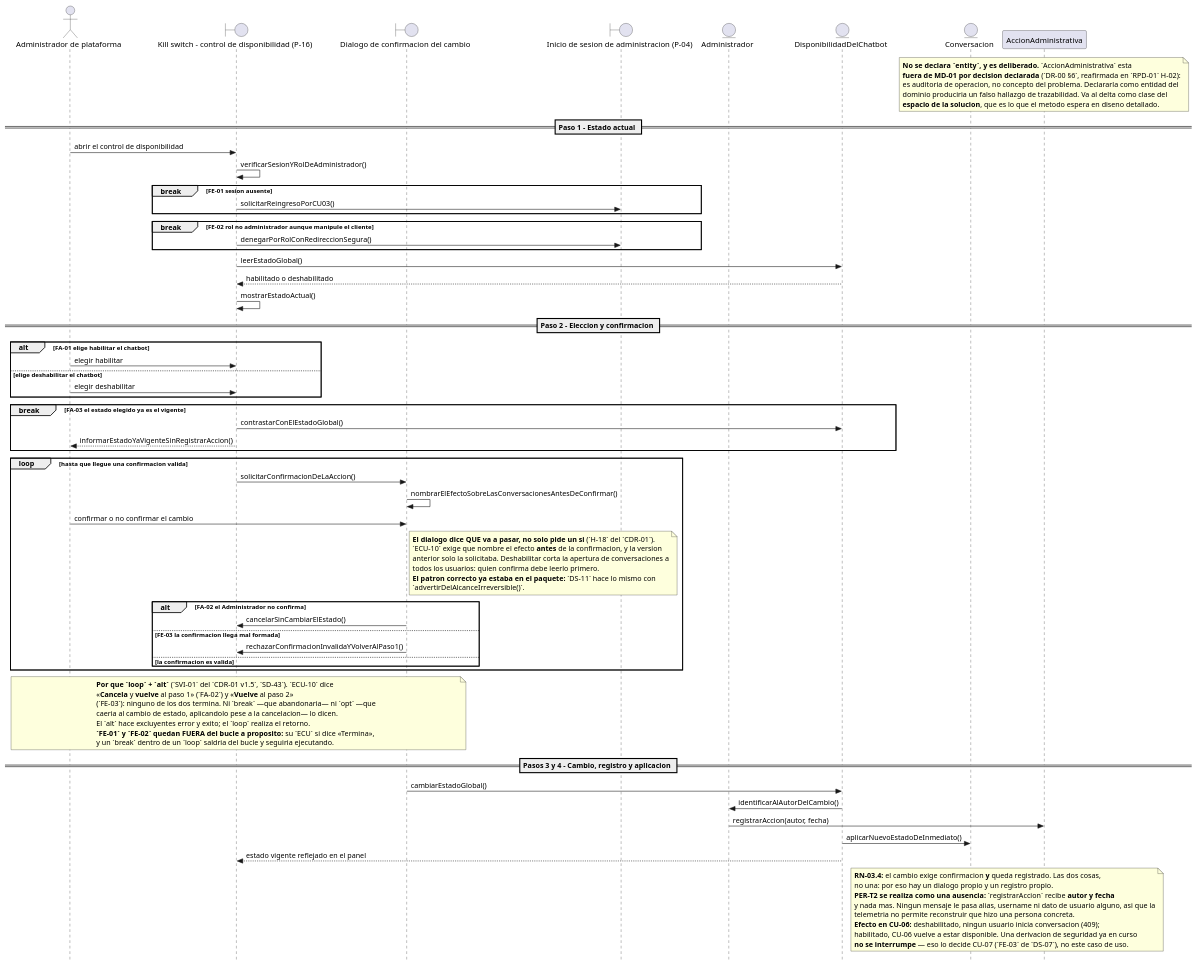
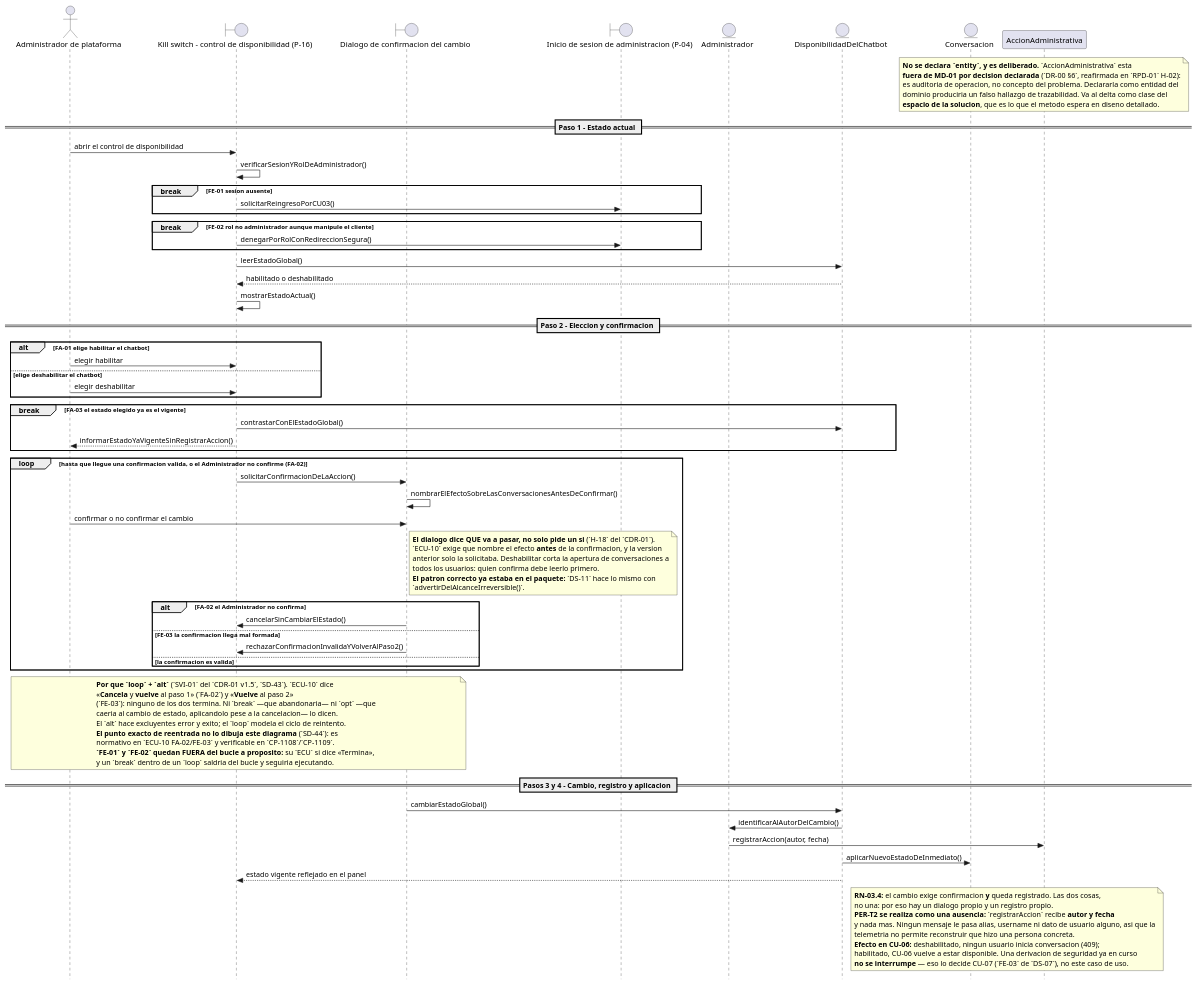
One commit to jonatan8254/alan-aura-academico changed the diagram in docs/07_casos_uso/secuencia/puml/DS-10_secuencia_habilitar_deshabilitar_chatbot.puml. Above: the diagram before and after it, drawn with PlantUML. The commit also changed 34 other files, not shown here.

```diff
--- a/docs/07_casos_uso/secuencia/puml/DS-10_secuencia_habilitar_deshabilitar_chatbot.puml
+++ b/docs/07_casos_uso/secuencia/puml/DS-10_secuencia_habilitar_deshabilitar_chatbot.puml
@@ -1,127 +1,140 @@
 @startuml
 ' DS-10 - Secuencia de CU-10 «Habilitar o deshabilitar el chatbot»
+' v1.4 (TVI-01/03/04 del CDR-01 v1.6, SD-44): TVI-03: la operacion deja de decir Paso1 cuando vuelve al 2; la guarda nombra FA-02.
+'       CONVENCION SD-44 — R1: el sufijo de exito vive DENTRO de su operando.
+'       R2: un break dentro de un loop solo vale si lo que sigue al bucle es
+'       limpieza comun. R3: el punto de reentrada es normativo en la ECU y
+'       verificable en el CP; el diagrama NO lo dibuja. R4: la guarda nombra
+'       todas las salidas del bucle. Lo comprueba barrido_desenlaces.py.
 ' v1.3 (SVI-01 del CDR-01 v1.5, SD-43): FA-02 y FE-03 a `alt` dentro de un `loop` (ECU-10: «Cancela y vuelve» y «Vuelve al paso 2»).
 '       Tercer intento sobre la misma rama, y el primero que lee el DESENLACE de la
 '       ECU en vez de la categoria del flujo. `break` abandonaba; `opt` caia al exito;
 '       `break` otra vez (SD-41) se restauro alegando que la ECU decia «Termina», lo
-'       cual es FALSO. Ahora `loop` + `alt`: el alt excluye, el loop realiza el retorno.
-'       Los break legitimos quedan FUERA del loop a proposito: dentro saldrian del
+'       cual es FALSO. Y `loop` + `alt` (SD-43) tampoco bastaba: la TERCERA verificacion
+'       (TVI-01/02, CDR-01 v1.6) mostro que el operando de exito quedaba VACIO y la
+'       continuacion FUERA del alt, asi que el sufijo de exito se ejecutaba igual.
+'       SD-44 fija la convencion: el sufijo de exito vive DENTRO de su operando, y el
+'       punto exacto de reentrada es normativo en la ECU y verificable en el CP — el
+'       diagrama NO pretende dibujarlo. Los break legitimos quedan fuera del loop; dentro
+'       saldrian del
 '       bucle y seguirian ejecutando, en vez de terminar.
 ' v1.2 (VI-01 del CDR-01 v1.4, SD-41): FA-02 y FE-03 vuelven de opt a BREAK.
 '       Criterio: estan a profundidad 0 —el fragmento envolvente es la interaccion
 '       entera— y su fila de ECU declara que el remanente NO se ejecuta. En UML 2.5
 '       `break` ejecuta su operando EN LUGAR DEL RESTO: es esa semantica exacta.
 '       `opt` solo saltaba su cuerpo y el flujo caia al exito.
 '       Consecuencia declarada: para estos casos el `break` ORIGINAL era correcto y
 '       esa parte de H-01 fue un falso positivo. Ver DS-00 §12.
 ' v1.1 (CDR-01): H-01 — FA-02 y FE-03 pasan de break a opt.
 '       H-18 — el dialogo NOMBRA EL EFECTO antes de confirmar, no solo pide confirmacion.
 '       H-20 — alias B_LoginAdmin unificado a B_PaginaInicioSesionAdmin (era divergente con DS-03).
 ' v1.0 (fase de diseno detallado, ICONIX paso 6)
 ' Insumos: DR-10 v2.0 (11 controladores), ECU-10 v2.0, MD-01 v1.4, DCU-01 v2.1,
 '          DIS-00 (P-16; destino P-04), MV-01 RN-03.4/RN-03.7, PER-01 v1.2.
 ' Capa de infraestructura: NO EJECUTADA por decision declarada (E-1 de DS-00).
 
 skinparam style strictuml
 skinparam shadowing false
 skinparam responseMessageBelowArrow true
 
 actor "Administrador de plataforma" as ACT_Administrador
 boundary "Kill switch - control de disponibilidad (P-16)" as B_ControlDisponibilidad
 boundary "Dialogo de confirmacion del cambio" as B_DialogoConfirmacion
 boundary "Inicio de sesion de administracion (P-04)" as B_PaginaInicioSesionAdmin
 entity "Administrador" as E_Administrador
 entity "DisponibilidadDelChatbot" as E_DisponibilidadDelChatbot
 entity "Conversacion" as E_Conversacion
 participant "AccionAdministrativa" as INF_AccionAdministrativa
 
 note over INF_AccionAdministrativa
   <b>No se declara `entity`, y es deliberado.</b> `AccionAdministrativa` esta
   <b>fuera de MD-01 por decision declarada</b> (`DR-00 §6`, reafirmada en `RPD-01` H-02):
   es auditoria de operacion, no concepto del problema. Declararla como entidad del
   dominio produciria un falso hallazgo de trazabilidad. Va al delta como clase del
   <b>espacio de la solucion</b>, que es lo que el metodo espera en diseno detallado.
 end note
 
 == Paso 1 - Estado actual ==
 
 ACT_Administrador -> B_ControlDisponibilidad : abrir el control de disponibilidad
 B_ControlDisponibilidad -> B_ControlDisponibilidad : verificarSesionYRolDeAdministrador()
 
 break FE-01 sesion ausente
   B_ControlDisponibilidad -> B_PaginaInicioSesionAdmin : solicitarReingresoPorCU03()
 end
 
 break FE-02 rol no administrador aunque manipule el cliente
   B_ControlDisponibilidad -> B_PaginaInicioSesionAdmin : denegarPorRolConRedireccionSegura()
 end
 
 B_ControlDisponibilidad -> E_DisponibilidadDelChatbot : leerEstadoGlobal()
 E_DisponibilidadDelChatbot --> B_ControlDisponibilidad : habilitado o deshabilitado
 B_ControlDisponibilidad -> B_ControlDisponibilidad : mostrarEstadoActual()
 
 == Paso 2 - Eleccion y confirmacion ==
 
 alt FA-01 elige habilitar el chatbot
   ACT_Administrador -> B_ControlDisponibilidad : elegir habilitar
 else elige deshabilitar el chatbot
   ACT_Administrador -> B_ControlDisponibilidad : elegir deshabilitar
 end
 
 break FA-03 el estado elegido ya es el vigente
   B_ControlDisponibilidad -> E_DisponibilidadDelChatbot : contrastarConElEstadoGlobal()
   B_ControlDisponibilidad --> ACT_Administrador : informarEstadoYaVigenteSinRegistrarAccion()
 end
 
-loop hasta que llegue una confirmacion valida
+loop hasta que llegue una confirmacion valida, o el Administrador no confirme (FA-02)
   B_ControlDisponibilidad -> B_DialogoConfirmacion : solicitarConfirmacionDeLaAccion()
   B_DialogoConfirmacion -> B_DialogoConfirmacion : nombrarElEfectoSobreLasConversacionesAntesDeConfirmar()
   ACT_Administrador -> B_DialogoConfirmacion : confirmar o no confirmar el cambio
 
 note right of B_DialogoConfirmacion
   <b>El dialogo dice QUE va a pasar, no solo pide un si</b> (`H-18` del `CDR-01`).
   `ECU-10` exige que nombre el efecto <b>antes</b> de la confirmacion, y la version
   anterior solo la solicitaba. Deshabilitar corta la apertura de conversaciones a
   todos los usuarios: quien confirma debe leerlo primero.
   <b>El patron correcto ya estaba en el paquete:</b> `DS-11` hace lo mismo con
   `advertirDelAlcanceIrreversible()`.
 end note
 
   alt FA-02 el Administrador no confirma
     B_DialogoConfirmacion -> B_ControlDisponibilidad : cancelarSinCambiarElEstado()
   else FE-03 la confirmacion llega mal formada
-    B_DialogoConfirmacion -> B_ControlDisponibilidad : rechazarConfirmacionInvalidaYVolverAlPaso1()
+    B_DialogoConfirmacion -> B_ControlDisponibilidad : rechazarConfirmacionInvalidaYVolverAlPaso2()
   else la confirmacion es valida
   end
 end
 
 note over ACT_Administrador, B_DialogoConfirmacion
   <b>Por que `loop` + `alt`</b> (`SVI-01` del `CDR-01 v1.5`, `SD-43`). `ECU-10` dice
   «<b>Cancela</b> y <b>vuelve</b> al paso 1» (`FA-02`) y «<b>Vuelve</b> al paso 2»
   (`FE-03`): ninguno de los dos termina. Ni `break` —que abandonaria— ni `opt` —que
   caeria al cambio de estado, aplicandolo pese a la cancelacion— lo dicen.
-  El `alt` hace excluyentes error y exito; el `loop` realiza el retorno.
+  El `alt` hace excluyentes error y exito; el `loop` modela el ciclo de reintento.
+  <b>El punto exacto de reentrada no lo dibuja este diagrama</b> (`SD-44`): es
+  normativo en `ECU-10 FA-02/FE-03` y verificable en `CP-1108`/`CP-1109`.
   <b>`FE-01` y `FE-02` quedan FUERA del bucle a proposito:</b> su `ECU` si dice «Termina»,
   y un `break` dentro de un `loop` saldria del bucle y seguiria ejecutando.
 end note
 
 == Pasos 3 y 4 - Cambio, registro y aplicacion ==
 
 B_DialogoConfirmacion -> E_DisponibilidadDelChatbot : cambiarEstadoGlobal()
 E_DisponibilidadDelChatbot -> E_Administrador : identificarAlAutorDelCambio()
 E_Administrador -> INF_AccionAdministrativa : registrarAccion(autor, fecha)
 E_DisponibilidadDelChatbot -> E_Conversacion : aplicarNuevoEstadoDeInmediato()
 E_DisponibilidadDelChatbot --> B_ControlDisponibilidad : estado vigente reflejado en el panel
 
 note over INF_AccionAdministrativa, E_Conversacion
   <b>RN-03.4:</b> el cambio exige confirmacion <b>y</b> queda registrado. Las dos cosas,
   no una: por eso hay un dialogo propio y un registro propio.
   <b>PER-T2 se realiza como una ausencia:</b> `registrarAccion` recibe <b>autor y fecha</b>
   y nada mas. Ningun mensaje le pasa alias, username ni dato de usuario alguno, asi que la
   telemetria no permite reconstruir que hizo una persona concreta.
   <b>Efecto en CU-06:</b> deshabilitado, ningun usuario inicia conversacion (409);
   habilitado, CU-06 vuelve a estar disponible. Una derivacion de seguridad ya en curso
   <b>no se interrumpe</b> — eso lo decide CU-07 (`FE-03` de `DS-07`), no este caso de uso.
 end note
 
 @enduml
```
